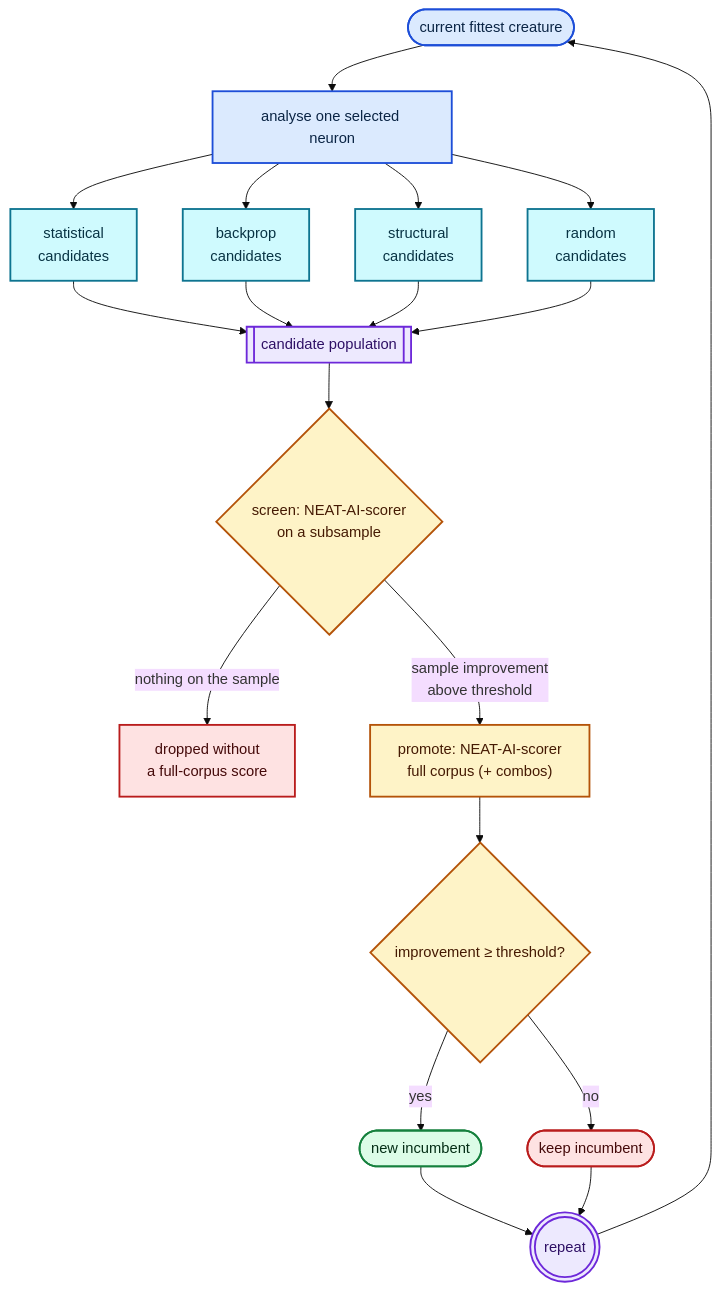
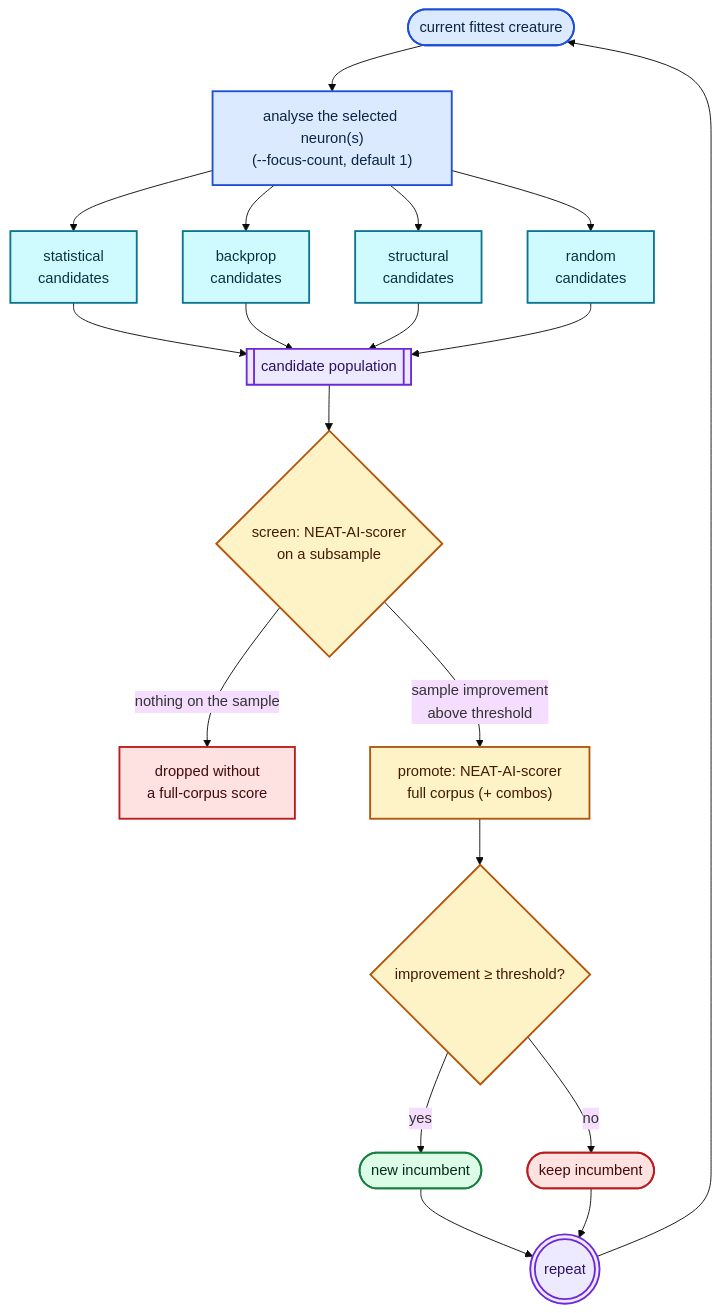
One commit to stSoftwareAU/NEAT-AI-Lamarck changed the first of 9 diagrams in README.md. Above: the diagram before and after it, drawn with Mermaid (base theme). The commit also changed other lines of this file and 9 other files, not shown here.

````diff
--- a/README.md
+++ b/README.md
@@ -32,40 +32,40 @@
 ```mermaid
 flowchart TD
-    FIT(["current fittest creature"]) --> FOCUS["analyse one selected neuron"]
+    FIT(["current fittest creature"]) --> FOCUS["analyse the selected neuron(s)<br/>(--focus-count, default 1)"]
 
     FOCUS --> STAT["statistical<br/>candidates"]
     FOCUS --> BACK["backprop<br/>candidates"]
     FOCUS --> STRUCT["structural<br/>candidates"]
     FOCUS --> RAND["random<br/>candidates"]
 
     STAT --> POP[["candidate population"]]
     BACK --> POP
     STRUCT --> POP
     RAND --> POP
 
     POP --> SCREEN{"screen: NEAT-AI-scorer<br/>on a subsample"}
     SCREEN -- "nothing on the sample" --> DROP["dropped without<br/>a full-corpus score"]
     SCREEN -- "sample improvement<br/>above threshold" --> PROMOTE["promote: NEAT-AI-scorer<br/>full corpus (+ combos)"]
 
     PROMOTE --> GATE{"improvement ≥ threshold?"}
     GATE -- yes --> WIN(["new incumbent"])
     GATE -- no --> KEEP(["keep incumbent"])
 
     WIN --> REPEAT((("repeat")))
     KEEP --> REPEAT
     REPEAT --> FIT
 
     classDef creature fill:#dbeafe,stroke:#1d4ed8,stroke-width:2px,color:#0b2545
     classDef source fill:#cffafe,stroke:#0e7490,stroke-width:2px,color:#083344
     classDef pool fill:#ede9fe,stroke:#6d28d9,stroke-width:2px,color:#2e1065
     classDef stage fill:#fef3c7,stroke:#b45309,stroke-width:2px,color:#451a03
     classDef win fill:#dcfce7,stroke:#15803d,stroke-width:2px,color:#052e16
     classDef reject fill:#fee2e2,stroke:#b91c1c,stroke-width:2px,color:#450a0a
 
     class FIT,FOCUS creature
     class STAT,BACK,STRUCT,RAND source
     class POP,REPEAT pool
     class SCREEN,PROMOTE,GATE stage
     class WIN win
     class DROP,KEEP reject
 ```
````
